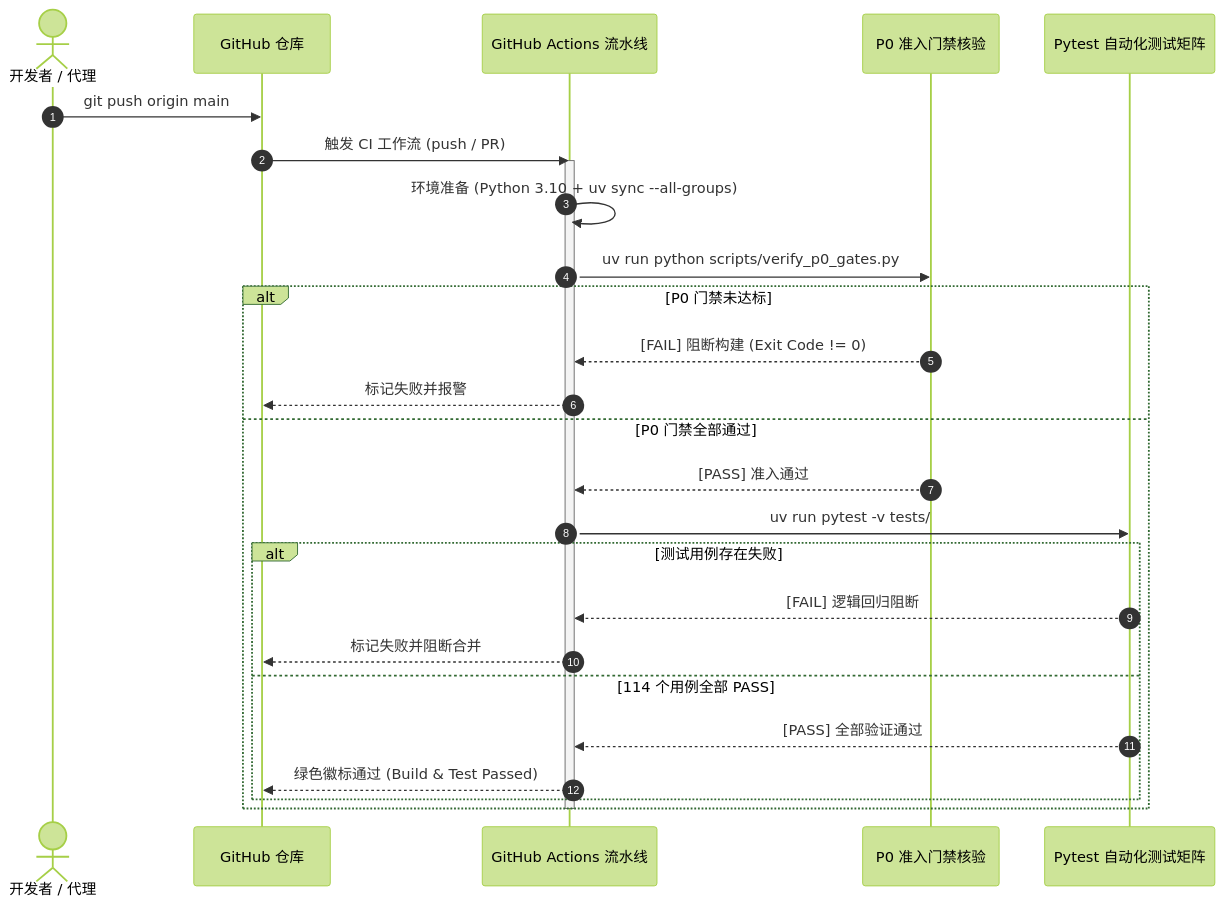
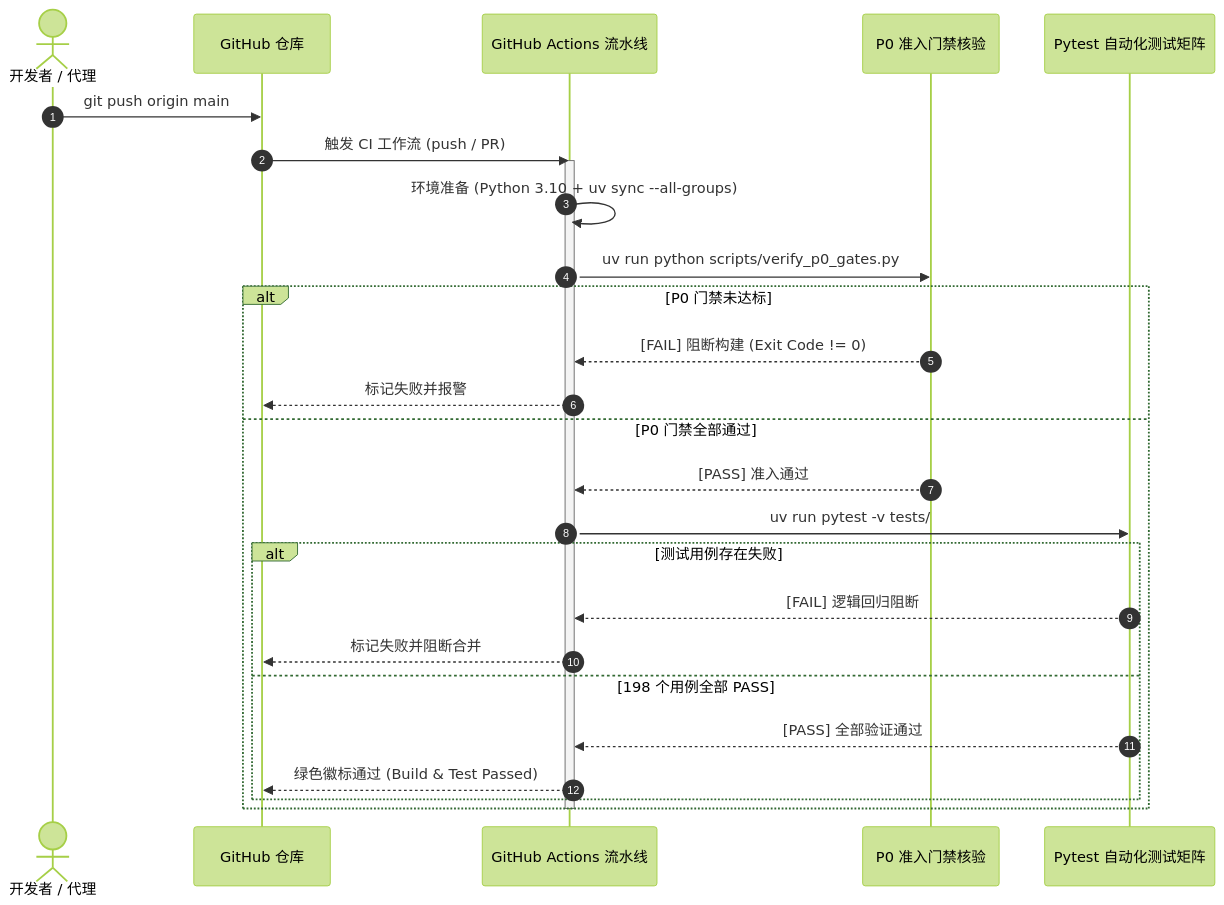
The third of 3 diagrams in README.md (huwany1/Undergraduate-engineering-thesis), drawn with Mermaid (forest theme) before and after one commit. The commit also changed other lines of this file and 11 other files, not shown here.

````diff
--- a/README.md
+++ b/README.md
@@ -335,30 +320,30 @@
 ```mermaid
 sequenceDiagram
     autonumber
     actor Dev as 开发者 / 代理
     participant Git as GitHub 仓库
     participant CI as GitHub Actions 流水线
     participant P0 as P0 准入门禁核验
     participant Test as Pytest 自动化测试矩阵
 
     Dev->>Git: git push origin main
     Git->>CI: 触发 CI 工作流 (push / PR)
     activate CI
     CI->>CI: 环境准备 (Python 3.10 + uv sync --all-groups)
     CI->>P0: uv run python scripts/verify_p0_gates.py
     alt P0 门禁未达标
         P0-->>CI: [FAIL] 阻断构建 (Exit Code != 0)
         CI-->>Git: 标记失败并报警
     else P0 门禁全部通过
         P0-->>CI: [PASS] 准入通过
         CI->>Test: uv run pytest -v tests/
         alt 测试用例存在失败
             Test-->>CI: [FAIL] 逻辑回归阻断
             CI-->>Git: 标记失败并阻断合并
-        else 114 个用例全部 PASS
+        else 198 个用例全部 PASS
             Test-->>CI: [PASS] 全部验证通过
             CI-->>Git: 绿色徽标通过 (Build & Test Passed)
         end
     end
     deactivate CI
 ```
````
